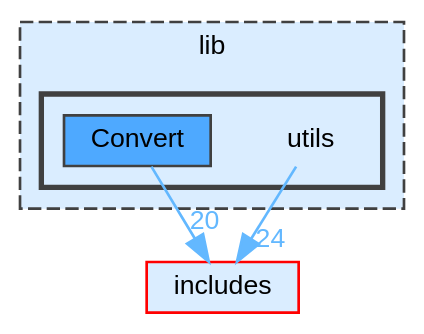
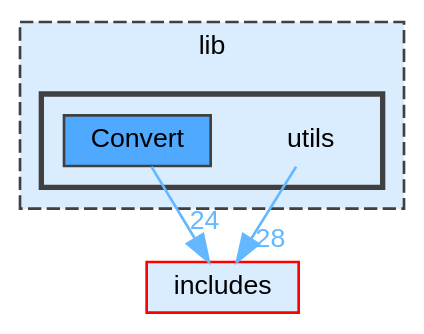
Before and after one commit to JS-CMP/JS-CMP: the diagram in dir_4ce02b87227cef1244bdd1fa3b12a08b_dep.dot, drawn with Graphviz. The commit also changed 35 other files, not shown here.

```diff
--- a/dir_4ce02b87227cef1244bdd1fa3b12a08b_dep.dot
+++ b/dir_4ce02b87227cef1244bdd1fa3b12a08b_dep.dot
@@ -1,19 +1,19 @@
 digraph "lib/utils"
 {
  // LATEX_PDF_SIZE
   bgcolor="transparent";
   edge [fontname=Helvetica,fontsize=10,labelfontname=Helvetica,labelfontsize=10];
   node [fontname=Helvetica,fontsize=10,shape=box,height=0.2,width=0.4];
   compound=true
   subgraph clusterdir_97aefd0d527b934f1d99a682da8fe6a9 {
     graph [ bgcolor="#daedff", pencolor="grey25", label="lib", fontname=Helvetica,fontsize=10 style="filled,dashed", URL="dir_97aefd0d527b934f1d99a682da8fe6a9.html",tooltip=""]
   subgraph clusterdir_4ce02b87227cef1244bdd1fa3b12a08b {
     graph [ bgcolor="#daedff", pencolor="grey25", label="", fontname=Helvetica,fontsize=10 style="filled,bold", URL="dir_4ce02b87227cef1244bdd1fa3b12a08b.html",tooltip=""]
     dir_4ce02b87227cef1244bdd1fa3b12a08b [shape=plaintext, label="utils"];
   dir_8892f3e8699bbfc82ad9494e1fc82913 [label="Convert", fillcolor="#4ea9ff", color="grey25", style="filled", URL="dir_8892f3e8699bbfc82ad9494e1fc82913.html",tooltip=""];
   }
   }
   dir_09e761304027c904456130627fd4dcf5 [label="includes", fillcolor="#daedff", color="red", style="filled", URL="dir_09e761304027c904456130627fd4dcf5.html",tooltip=""];
-  dir_4ce02b87227cef1244bdd1fa3b12a08b->dir_09e761304027c904456130627fd4dcf5 [headlabel="24", labeldistance=1.5 headhref="dir_000037_000015.html" href="dir_000037_000015.html" color="steelblue1" fontcolor="steelblue1"];
-  dir_8892f3e8699bbfc82ad9494e1fc82913->dir_09e761304027c904456130627fd4dcf5 [headlabel="20", labeldistance=1.5 headhref="dir_000007_000015.html" href="dir_000007_000015.html" color="steelblue1" fontcolor="steelblue1"];
+  dir_4ce02b87227cef1244bdd1fa3b12a08b->dir_09e761304027c904456130627fd4dcf5 [headlabel="28", labeldistance=1.5 headhref="dir_000037_000015.html" href="dir_000037_000015.html" color="steelblue1" fontcolor="steelblue1"];
+  dir_8892f3e8699bbfc82ad9494e1fc82913->dir_09e761304027c904456130627fd4dcf5 [headlabel="24", labeldistance=1.5 headhref="dir_000007_000015.html" href="dir_000007_000015.html" color="steelblue1" fontcolor="steelblue1"];
 }
```
